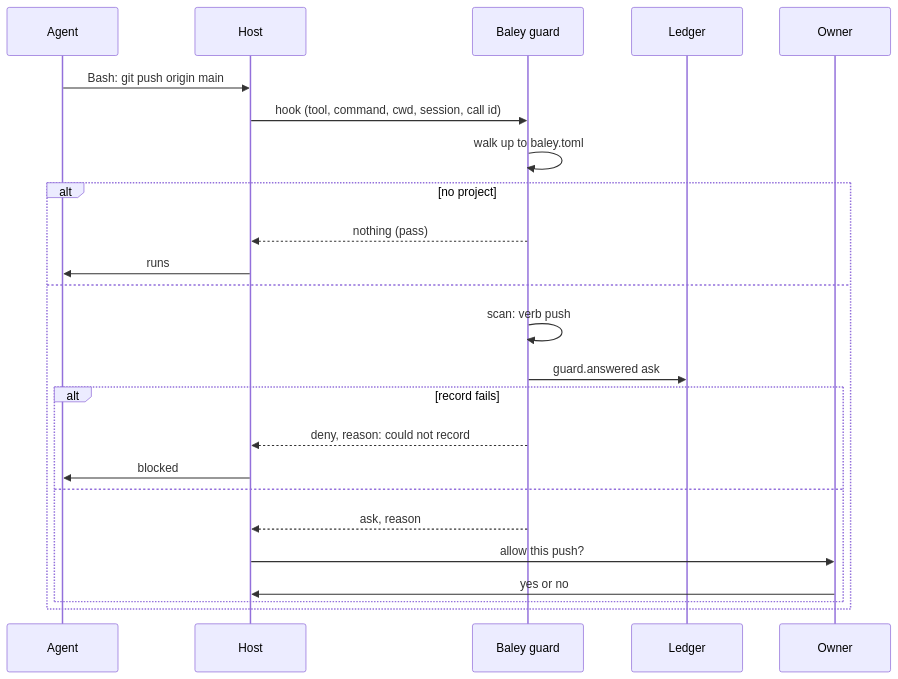
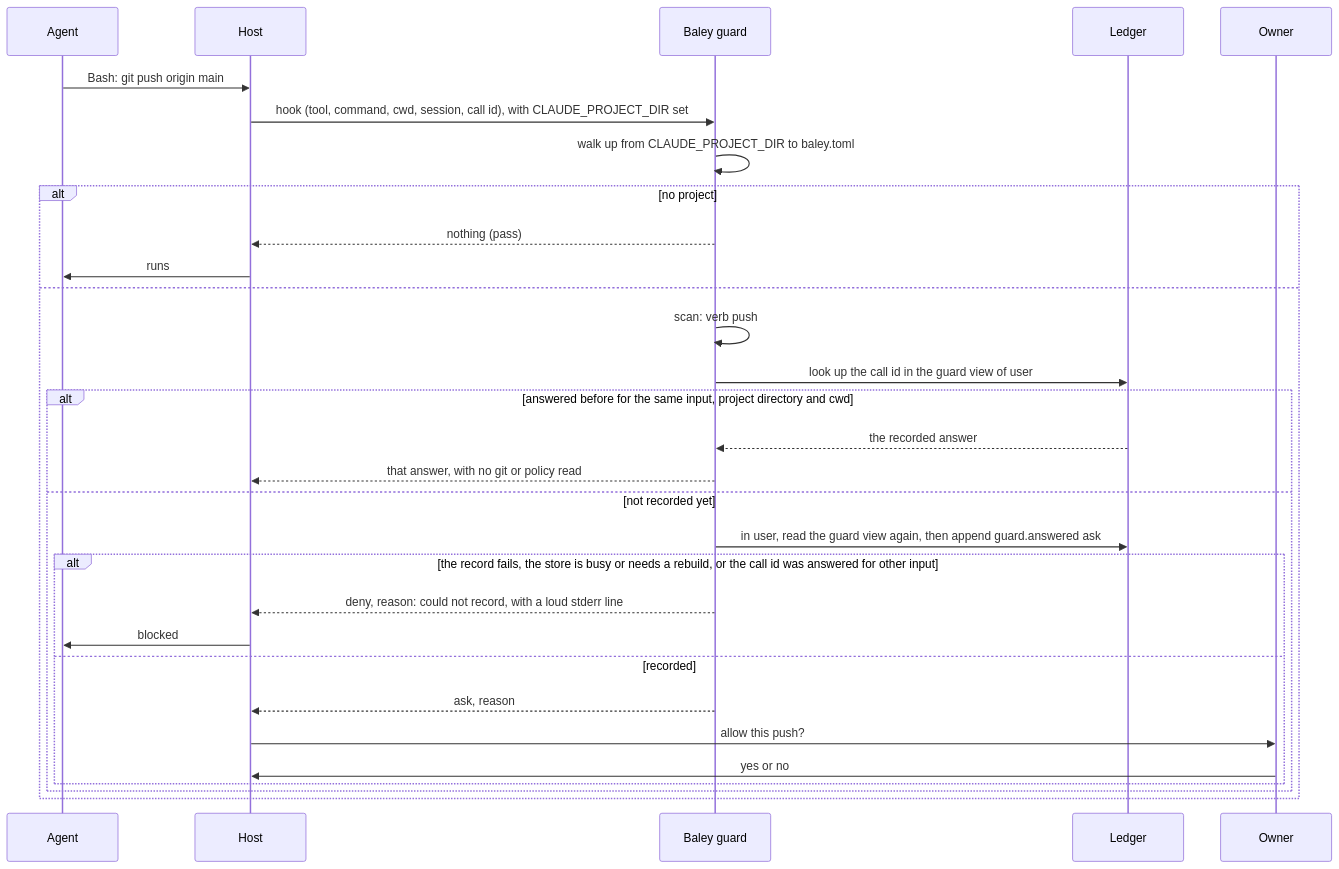
The second of 3 diagrams in docs/design/0010-guard.md (crenshawdev/baley), drawn with Mermaid before and after one commit. The commit also changed other lines of this file, not shown here.

First line of the commit message:
docs(design): show the guard's per-user records and redelivery in design 0010

````diff
--- a/docs/design/0010-guard.md
+++ b/docs/design/0010-guard.md
@@ -180,26 +210,32 @@
 ```mermaid
 sequenceDiagram
   participant A as Agent
   participant H as Host
   participant G as Baley guard
   participant L as Ledger
   participant O as Owner
   A->>H: Bash: git push origin main
-  H->>G: hook (tool, command, cwd, session, call id)
-  G->>G: walk up to baley.toml
+  H->>G: hook (tool, command, cwd, session, call id), with CLAUDE_PROJECT_DIR set
+  G->>G: walk up from CLAUDE_PROJECT_DIR to baley.toml
   alt no project
     G-->>H: nothing (pass)
     H->>A: runs
   else
     G->>G: scan: verb push
-    G->>L: guard.answered ask
-    alt record fails
-      G-->>H: deny, reason: could not record
-      H->>A: blocked
-    else
-      G-->>H: ask, reason
-      H->>O: allow this push?
-      O->>H: yes or no
+    G->>L: look up the call id in the guard view of user
+    alt answered before for the same input, project directory and cwd
+      L-->>G: the recorded answer
+      G-->>H: that answer, with no git or policy read
+    else not recorded yet
+      G->>L: in user, read the guard view again, then append guard.answered ask
+      alt the record fails, the store is busy or needs a rebuild, or the call id was answered for other input
+        G-->>H: deny, reason: could not record, with a loud stderr line
+        H->>A: blocked
+      else recorded
+        G-->>H: ask, reason
+        H->>O: allow this push?
+        O->>H: yes or no
+      end
     end
   end
 ```
````
